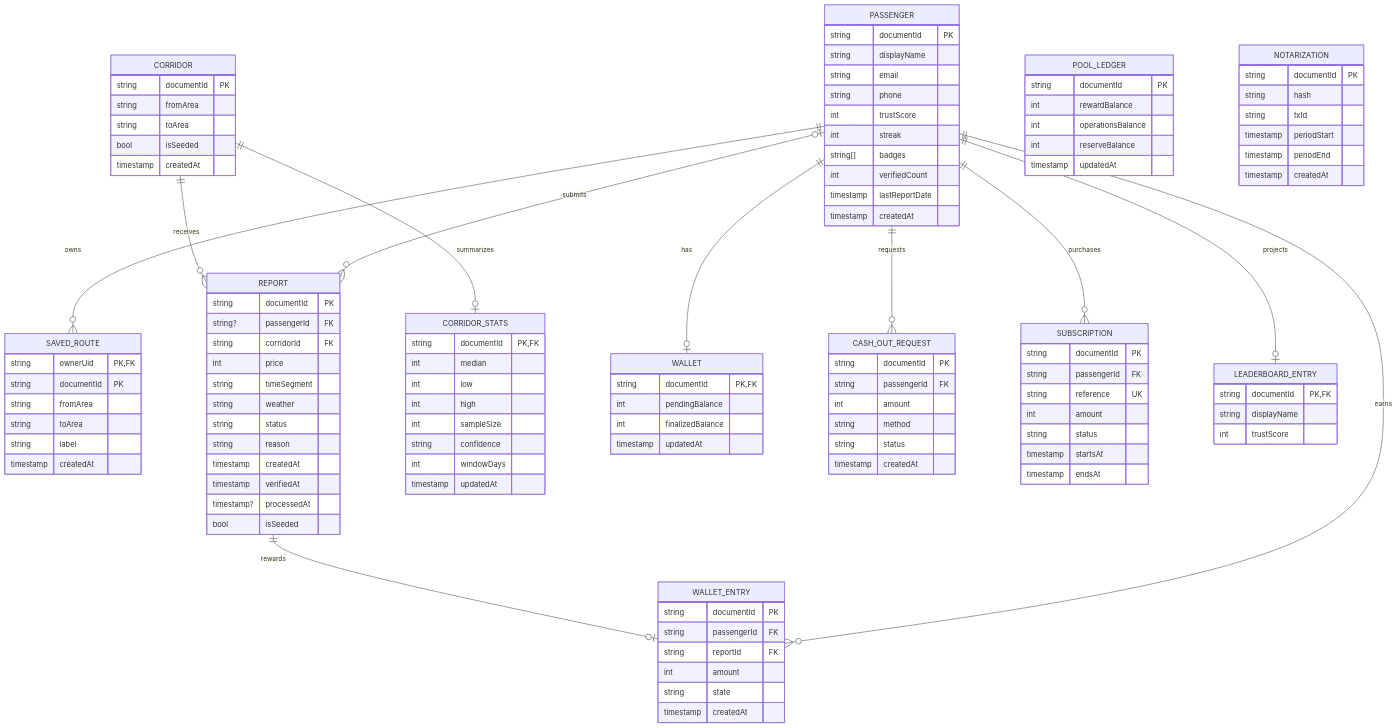
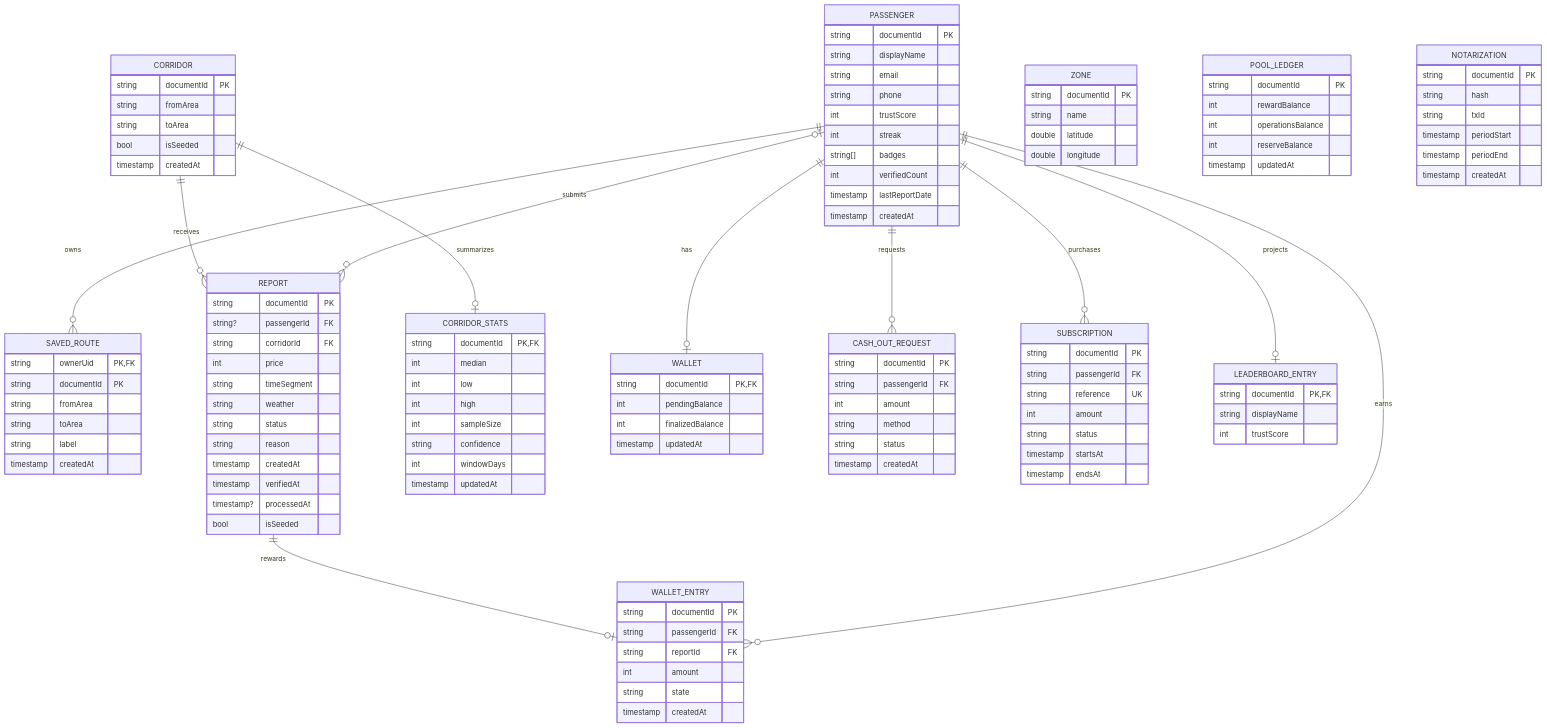
The diagram in docs/erd.md (Peniel-source/fairfare), drawn with Mermaid before and after one commit. The commit also changed other lines of this file and 3 other files, not shown here.

```diff
--- a/docs/erd.md
+++ b/docs/erd.md
@@ -32,6 +32,12 @@
         string toArea
         string label
         timestamp createdAt
+    }
+    ZONE {
+        string documentId PK
+        string name
+        double latitude
+        double longitude
     }
     CORRIDOR {
         string documentId PK
```
